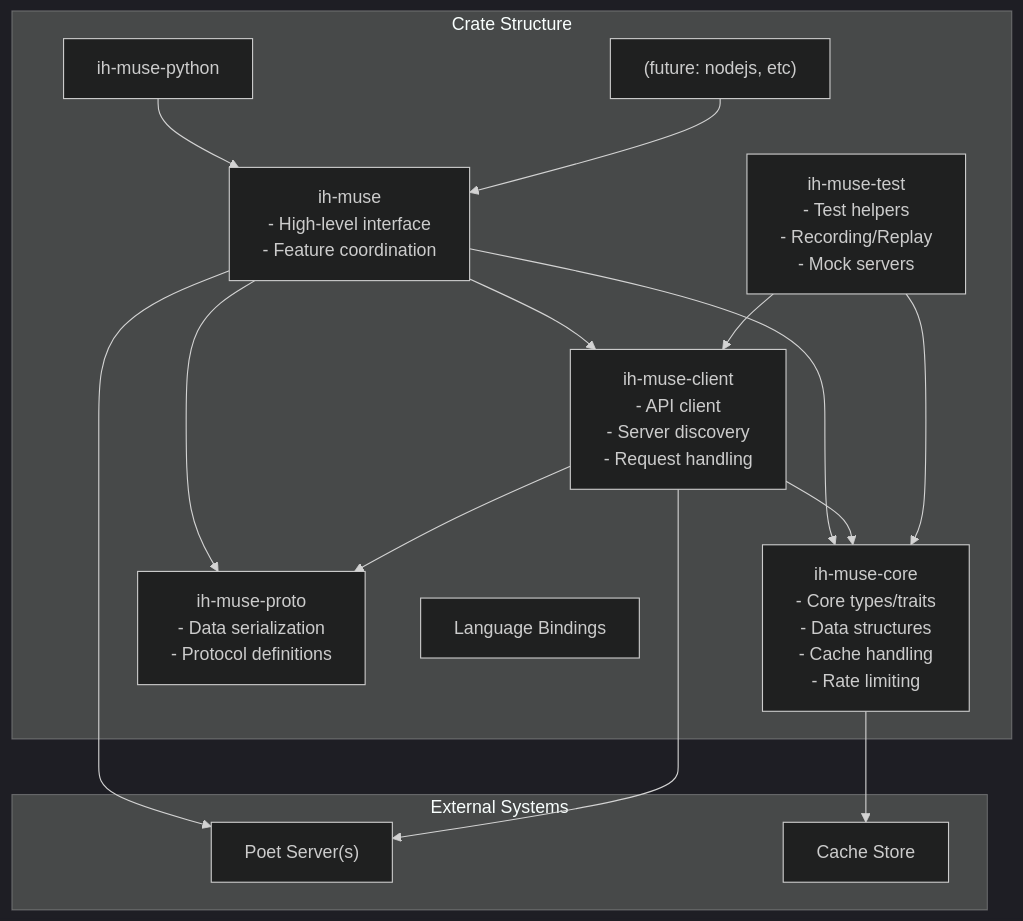
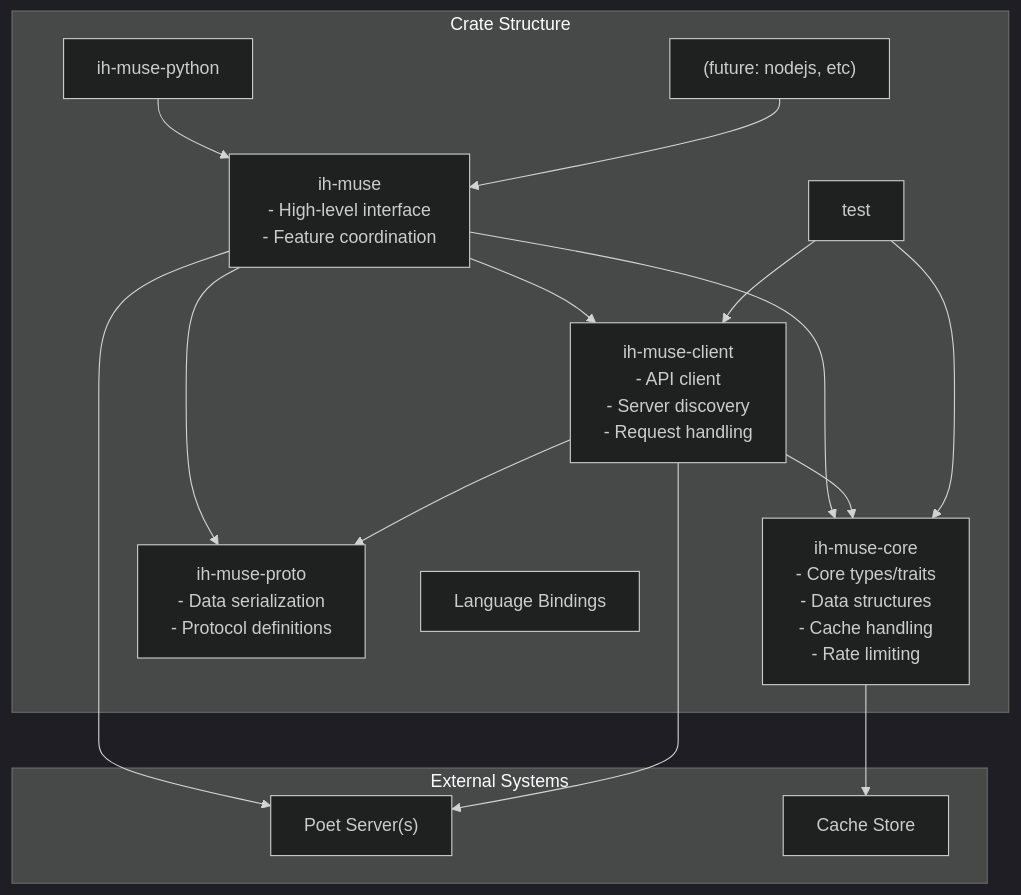
The diagram in docs/architecture.md (infinitehaiku/ih-muse), drawn with Mermaid (dark theme) before and after one commit. The commit also changed 27 other files, not shown here.

````diff
--- a/docs/architecture.md
+++ b/docs/architecture.md
@@ -5,51 +5,46 @@
 ```mermaid
 flowchart TB
     subgraph external["External Systems"]
         poet["Poet Server(s)"]
         cache["Cache Store"]
     end
 
     subgraph crates["Crate Structure"]
         core["ih-muse-core
         - Core types/traits
         - Data structures
         - Cache handling
         - Rate limiting"]
 
         client["ih-muse-client
         - API client
         - Server discovery
         - Request handling"]
 
         proto["ih-muse-proto
         - Data serialization
         - Protocol definitions"]
-
-        test["ih-muse-test
-        - Test helpers
-        - Recording/Replay
-        - Mock servers"]
 
         main["ih-muse
         - High-level interface
         - Feature coordination"]
 
         bindings["Language Bindings"]
         py["ih-muse-python"]
         other["(future: nodejs, etc)"]
 
         main --> core
         main --> client
         main --> proto
         client --> core
         client --> proto
         py --> main
         other --> main
         test --> core
         test --> client
     end
 
     main --> poet
     client --> poet
     core --> cache
 ```
````
